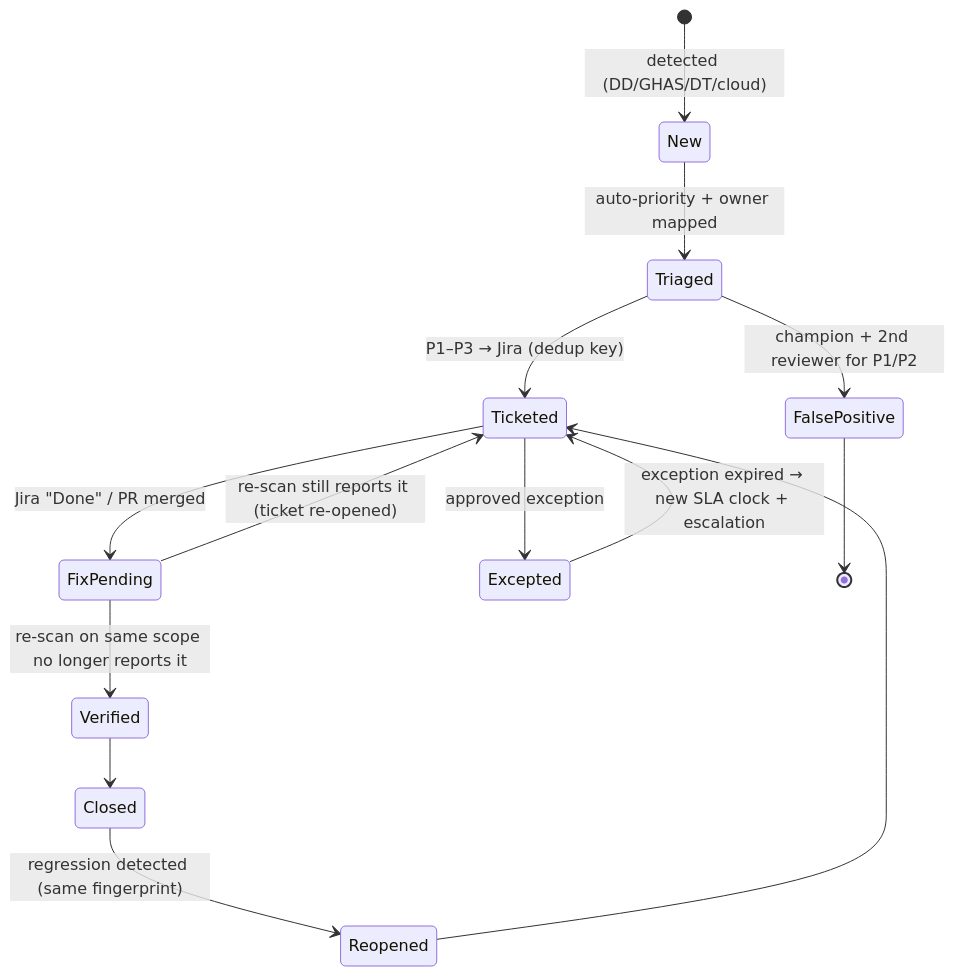
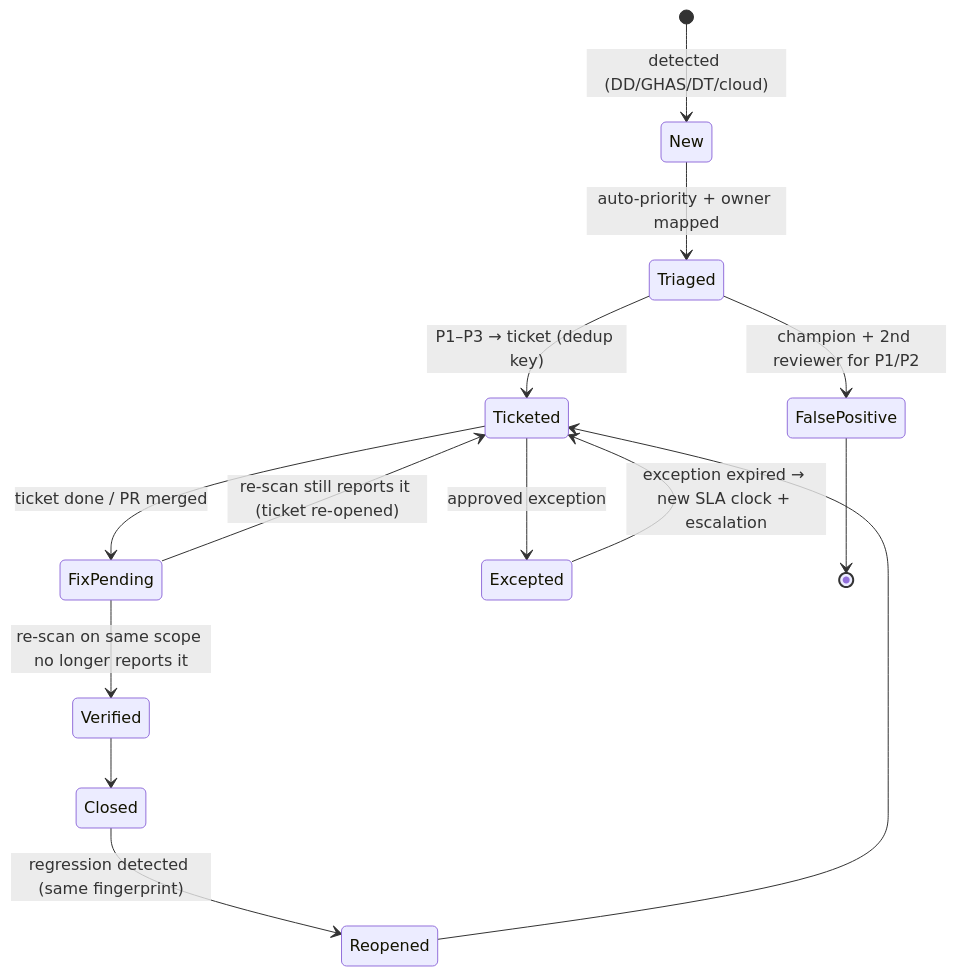
One commit to cipherfort/attestra changed the third of 3 diagrams in docs/architecture/02-platform-architecture.md. Above: the diagram before and after it, drawn with Mermaid. The commit also changed other lines of this file and 108 other files, not shown here.

````diff
--- a/docs/architecture/02-platform-architecture.md
+++ b/docs/architecture/02-platform-architecture.md
@@ -171,16 +171,16 @@
 ```mermaid
 stateDiagram-v2
   [*] --> New: detected (DD/GHAS/DT/cloud)
   New --> Triaged: auto-priority + owner mapped
-  Triaged --> Ticketed: P1–P3 → Jira (dedup key)
+  Triaged --> Ticketed: P1–P3 → ticket (dedup key)
   Triaged --> FalsePositive: champion + 2nd reviewer for P1/P2
-  Ticketed --> FixPending: Jira "Done" / PR merged
+  Ticketed --> FixPending: ticket done / PR merged
   FixPending --> Verified: re-scan on same scope no longer reports it
   FixPending --> Ticketed: re-scan still reports it (ticket re-opened)
   Ticketed --> Excepted: approved exception
   Excepted --> Ticketed: exception expired → new SLA clock + escalation
   Verified --> Closed
   FalsePositive --> [*]
   Closed --> Reopened: regression detected (same fingerprint)
   Reopened --> Ticketed
 ```
````
